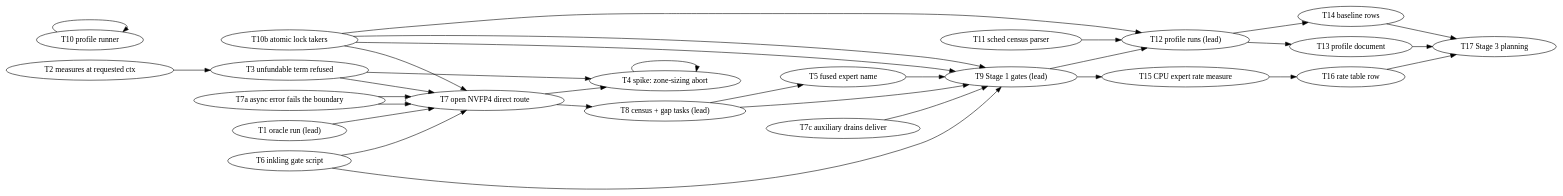
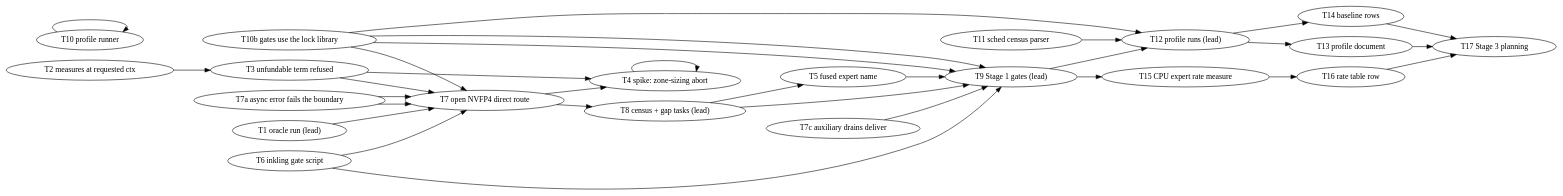
Before and after one commit to kainlan/llama.cpp-intel-optimizations: the diagram in docs/plans/2026-11-21-inkling2-mini-sycl-enable-profile-optimize.md, drawn with Graphviz. The commit also changed other lines of this file, not shown here.

First line of the commit message:
plan: Task 10b written out against the lock library as merged

````diff
--- a/docs/plans/2026-11-21-inkling2-mini-sycl-enable-profile-optimize.md
+++ b/docs/plans/2026-11-21-inkling2-mini-sycl-enable-profile-optimize.md
@@ -92,34 +92,34 @@
 ```dot
 digraph dependencies {
     rankdir=LR;
     1  [label="T1 oracle run (lead)"];
     2  [label="T2 measures at requested ctx"];
     3  [label="T3 unfundable term refused"];
     4  [label="T4 spike: zone-sizing abort"];
     4b [label="T4b zone-sizing refusal"];
     5  [label="T5 fused expert name"];
     6  [label="T6 inkling gate script"];
     6b [label="T6b GPT-OSS gate without -ngl"];
     7a [label="T7a async error fails the boundary"];
     7b [label="T7b every queue has the handler"];
     7c [label="T7c auxiliary drains deliver"];
     7  [label="T7 open NVFP4 direct route"];
     8  [label="T8 census + gap tasks (lead)"];
     9  [label="T9 Stage 1 gates (lead)"];
     10 [label="T10 profile runner"];
-    10b [label="T10b atomic lock takers"];
+    10b [label="T10b gates use the lock library"];
     11 [label="T11 sched census parser"];
     12 [label="T12 profile runs (lead)"];
     13 [label="T13 profile document"];
     14 [label="T14 baseline rows"];
     15 [label="T15 CPU expert rate measure"];
     16 [label="T16 rate table row"];
     17 [label="T17 Stage 3 planning"];
     2 -> 3; 3 -> 4b; 4 -> 4b; 7 -> 4b; 8 -> 5;
     1 -> 7a; 7a -> 7; 7a -> 7b; 3 -> 7; 6 -> 7; 7 -> 8;
     8 -> 9; 6 -> 9; 6b -> 9; 4b -> 9; 5 -> 9; 7b -> 7c; 7c -> 9;
     9 -> 12; 10 -> 10b; 10b -> 12; 11 -> 12;
     12 -> 13; 12 -> 14; 9 -> 15; 15 -> 16;
     13 -> 17; 14 -> 17; 16 -> 17;
 }
 ```
````
